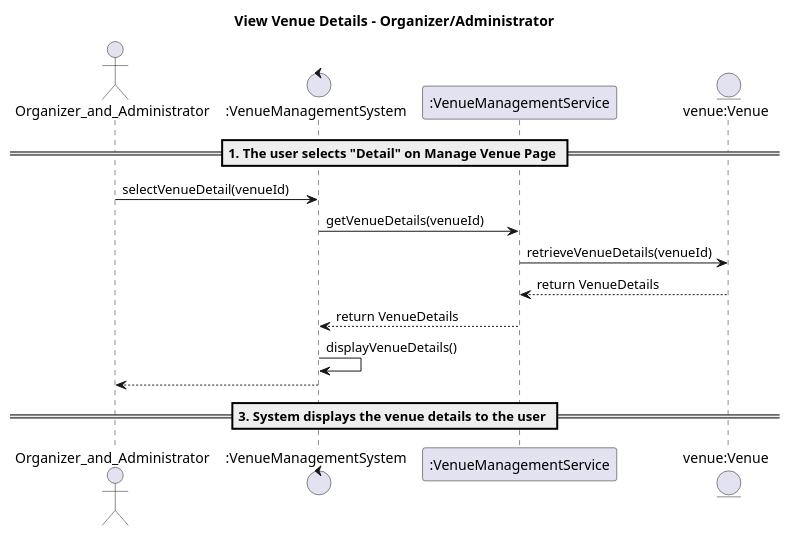
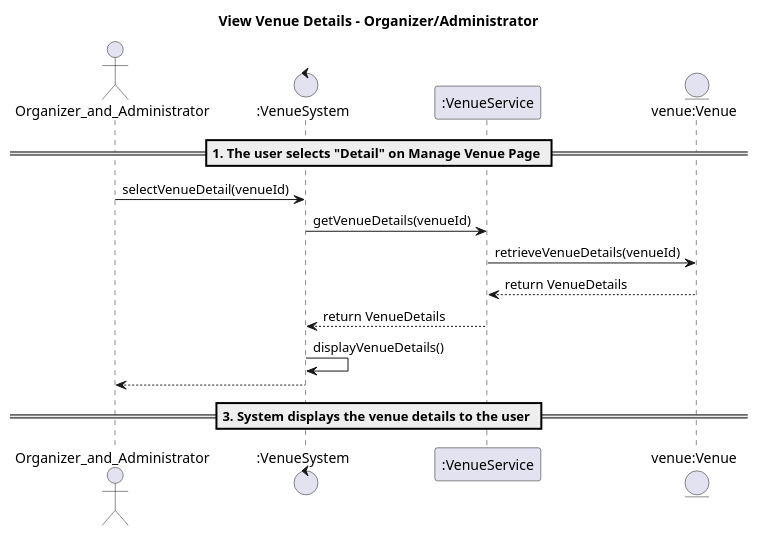
The diagram in 02-analysis/View_Details_Venue.puml (mrle0429/Event-Management-System), drawn with PlantUML before and after one commit. The commit also changed 5 other files, not shown here.

```diff
--- a/02-analysis/View_Details_Venue.puml
+++ b/02-analysis/View_Details_Venue.puml
@@ -1,19 +1,19 @@
 @startuml
 title View Venue Details - Organizer/Administrator
 
 actor Organizer_and_Administrator as OrganizerAdmin
-control ":VenueManagementSystem" as VMS
-participant ":VenueManagementService" as VMSS
+control ":VenueSystem" as VMS
+participant ":VenueService" as VMSS
 entity "venue:Venue" as DB
 
 == 1. The user selects "Detail" on Manage Venue Page ==
 OrganizerAdmin -> VMS : selectVenueDetail(venueId)
 
 VMS -> VMSS : getVenueDetails(venueId)
 VMSS -> DB : retrieveVenueDetails(venueId)
 DB --> VMSS : return VenueDetails
 VMSS --> VMS : return VenueDetails
 VMS -> VMS : displayVenueDetails()
 VMS --> OrganizerAdmin :
 == 3. System displays the venue details to the user ==
 @enduml
```
